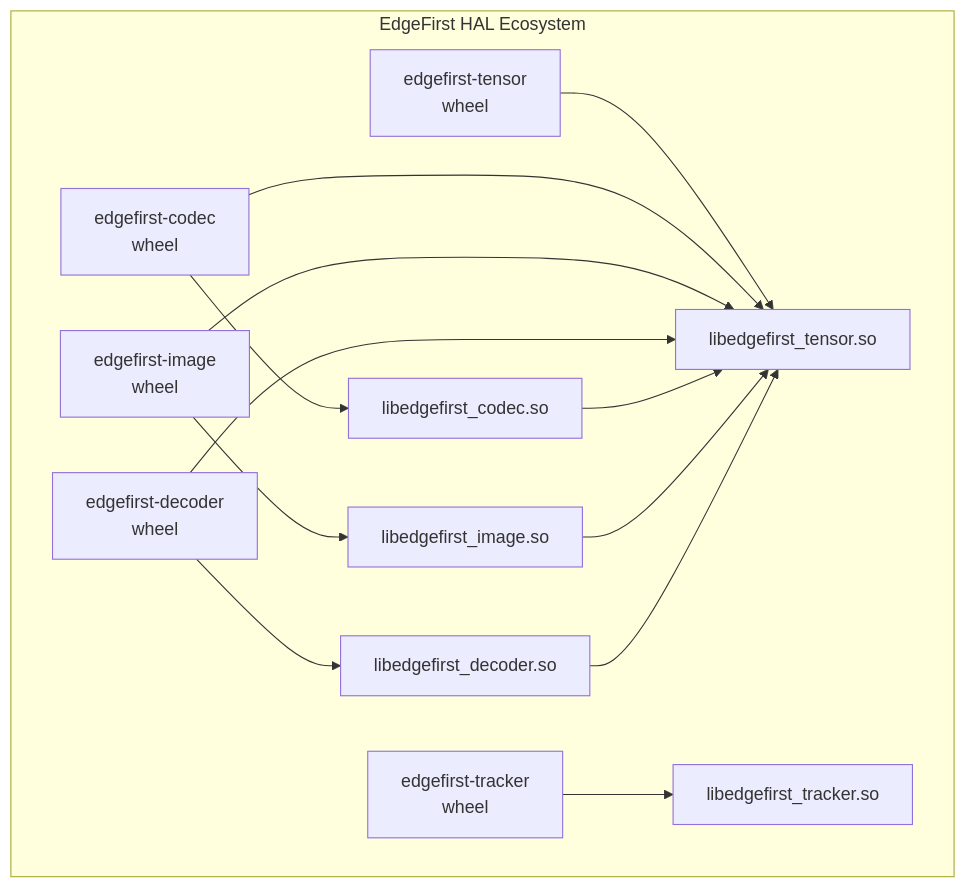
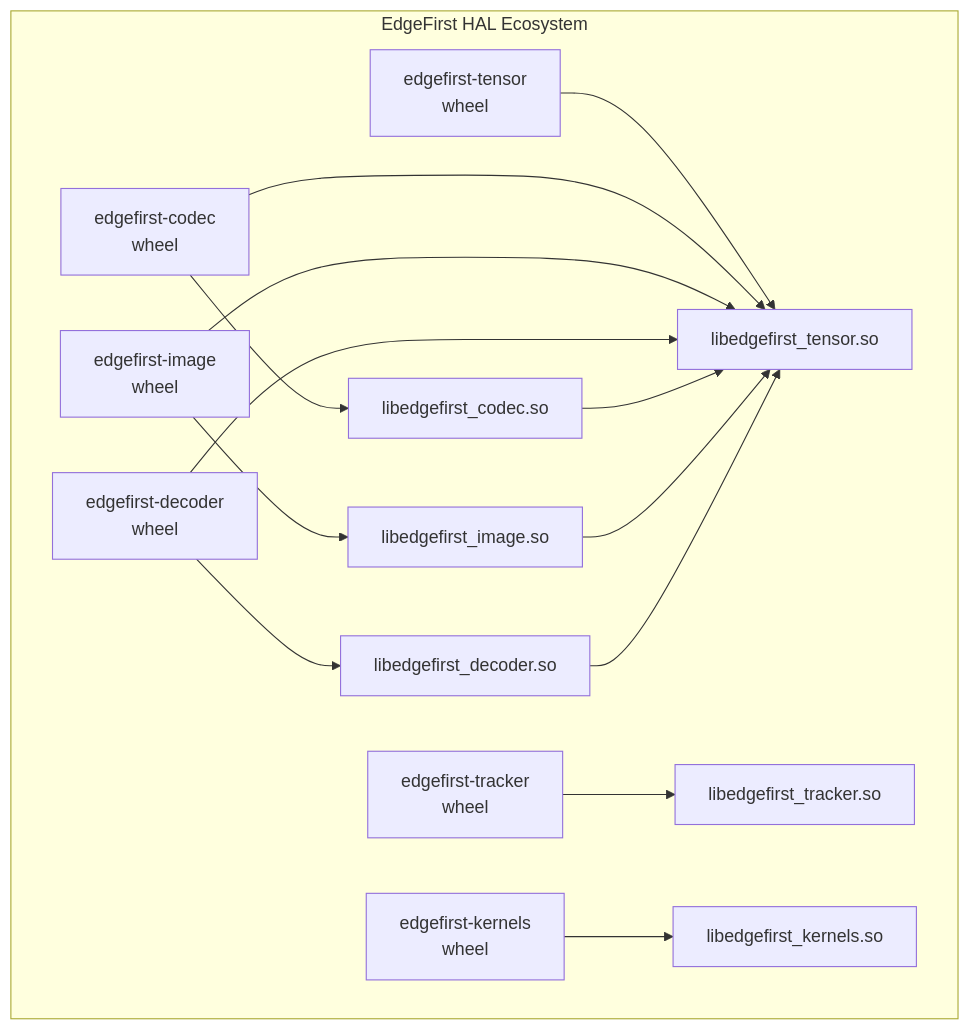
The first of 2 diagrams in README.md (EdgeFirstAI/hal), drawn with Mermaid before and after one commit. The commit also changed other lines of this file and 214 other files, not shown here.

First line of the commit message:
EDGEAI-2348: Add edgefirst-kernels with NEON decoder tiers

````diff
--- a/README.md
+++ b/README.md
@@ -359,29 +361,32 @@
 ```mermaid
 graph TB
     subgraph "EdgeFirst HAL Ecosystem"
         PyT["edgefirst-tensor<br/>wheel"]
         PyC["edgefirst-codec<br/>wheel"]
         PyI["edgefirst-image<br/>wheel"]
         PyD["edgefirst-decoder<br/>wheel"]
         PyK["edgefirst-tracker<br/>wheel"]
+        PyKn["edgefirst-kernels<br/>wheel"]
 
         TensorSo["libedgefirst_tensor.so"]
         CodecSo["libedgefirst_codec.so"]
         ImageSo["libedgefirst_image.so"]
         DecoderSo["libedgefirst_decoder.so"]
         TrackerSo["libedgefirst_tracker.so"]
+        KernelsSo["libedgefirst_kernels.so"]
 
         PyT --> TensorSo
         PyC --> CodecSo
         PyC --> TensorSo
         PyI --> ImageSo
         PyI --> TensorSo
         PyD --> DecoderSo
         PyD --> TensorSo
         PyK --> TrackerSo
+        PyKn --> KernelsSo
 
         CodecSo --> TensorSo
         ImageSo --> TensorSo
         DecoderSo --> TensorSo
     end
 ```
````
